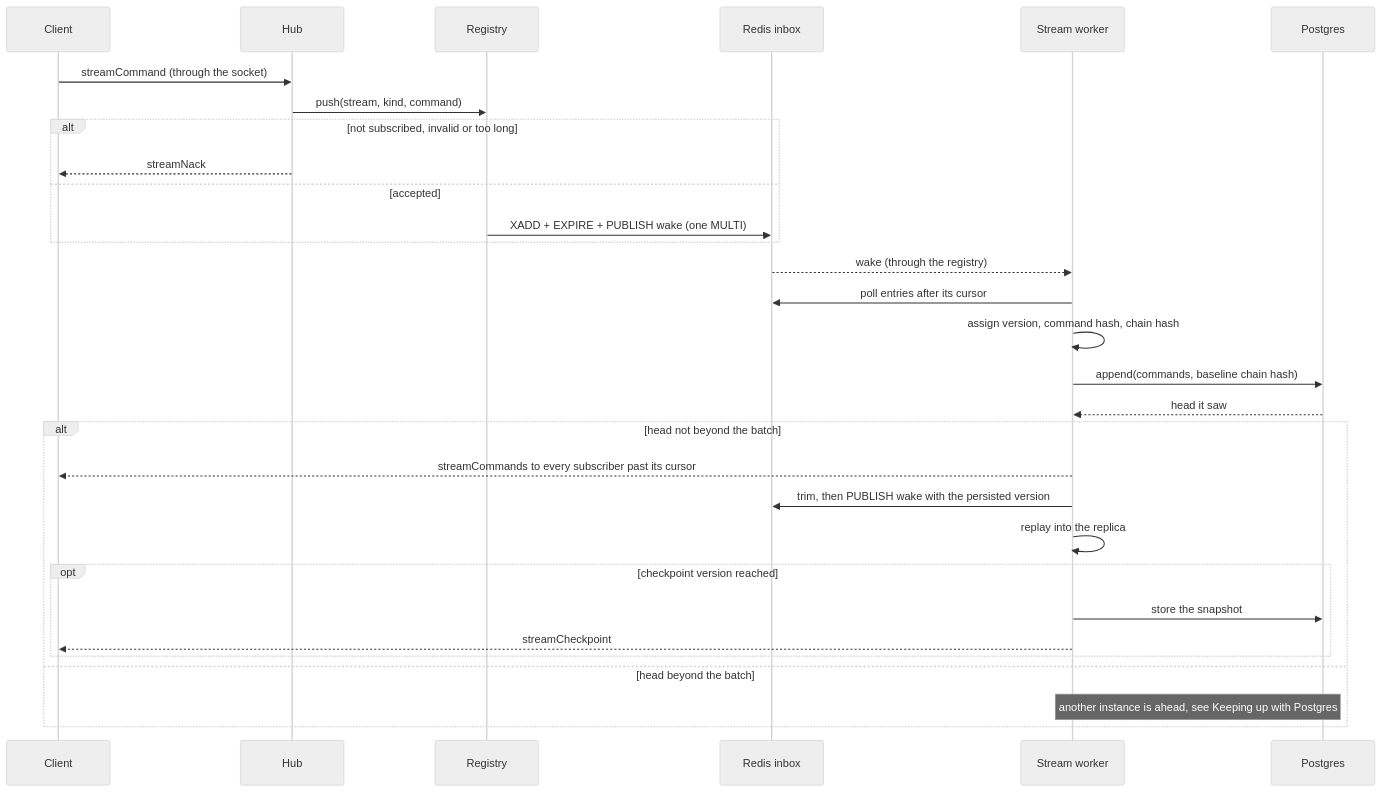
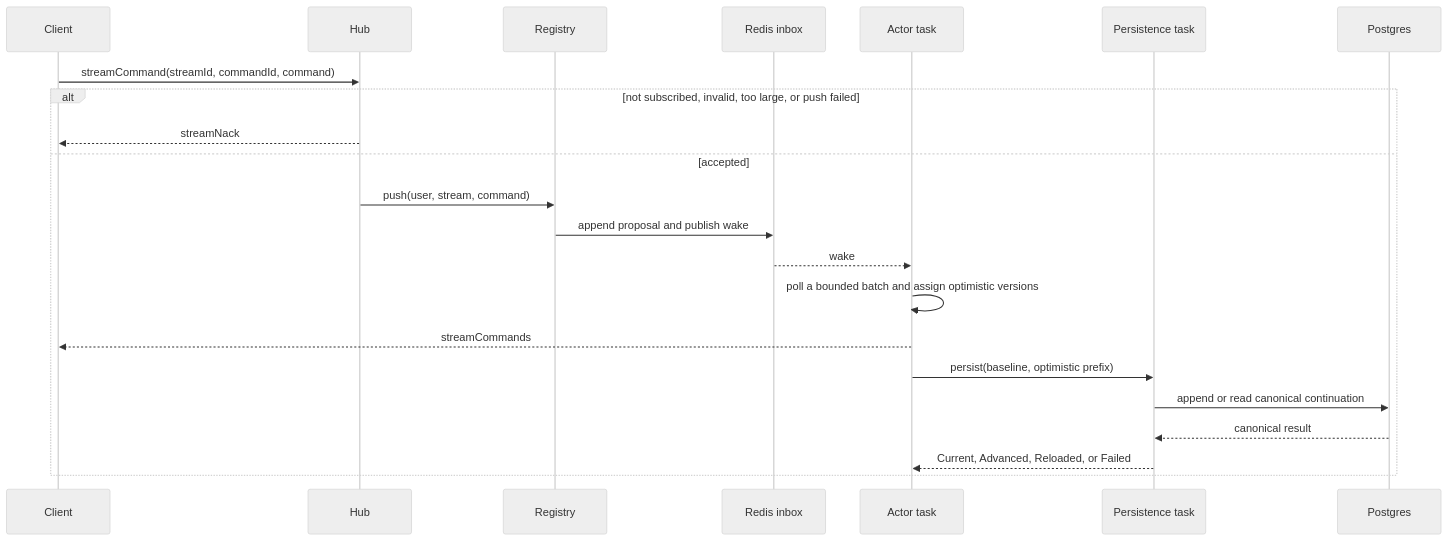
The third of 5 diagrams in docs/services/builder/hub.md (gzp79/shine-services), drawn with Mermaid (neutral theme) before and after one commit. The commit also changed other lines of this file and 21 other files, not shown here.

````diff
--- a/docs/services/builder/hub.md
+++ b/docs/services/builder/hub.md
@@ -86,33 +89,25 @@
 ```mermaid
 sequenceDiagram
     participant C as Client
     participant H as Hub
     participant R as Registry
     participant X as Redis inbox
-    participant W as Stream worker
-    participant P as Postgres
+    participant A as Actor task
+    participant P as Persistence task
+    participant L as Postgres
 
-    C->>H: streamCommand (through the socket)
-    H->>R: push(stream, kind, command)
-    alt not subscribed, invalid or too long
+    C->>H: streamCommand(streamId, commandId, command)
+    alt not subscribed, invalid, too large, or push failed
         H-->>C: streamNack
     else accepted
-        R->>X: XADD + EXPIRE + PUBLISH wake (one MULTI)
-    end
-    X-->>W: wake (through the registry)
-    W->>X: poll entries after its cursor
-    W->>W: assign version, command hash, chain hash
-    W->>P: append(commands, baseline chain hash)
-    P-->>W: head it saw
-    alt head not beyond the batch
-        W-->>C: streamCommands to every subscriber past its cursor
-        W->>X: trim, then PUBLISH wake with the persisted version
-        W->>W: replay into the replica
-        opt checkpoint version reached
-            W->>P: store the snapshot
-            W-->>C: streamCheckpoint
-        end
-    else head beyond the batch
-        Note over W,P: another instance is ahead, see Keeping up with Postgres
+        H->>R: push(user, stream, command)
+        R->>X: append proposal and publish wake
+        X-->>A: wake
+        A->>A: poll a bounded batch and assign optimistic versions
+        A-->>C: streamCommands
+        A->>P: persist(baseline, optimistic prefix)
+        P->>L: append or read canonical continuation
+        L-->>P: canonical result
+        P-->>A: Current, Advanced, Reloaded, or Failed
     end
 ```
````
